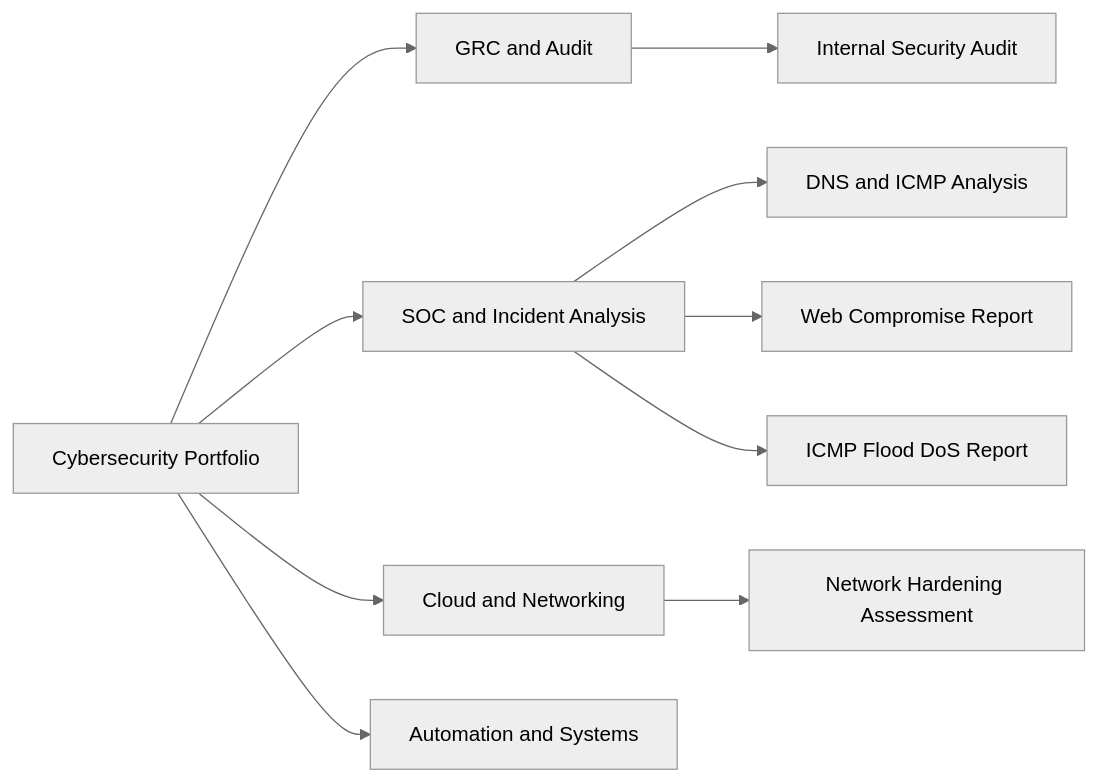
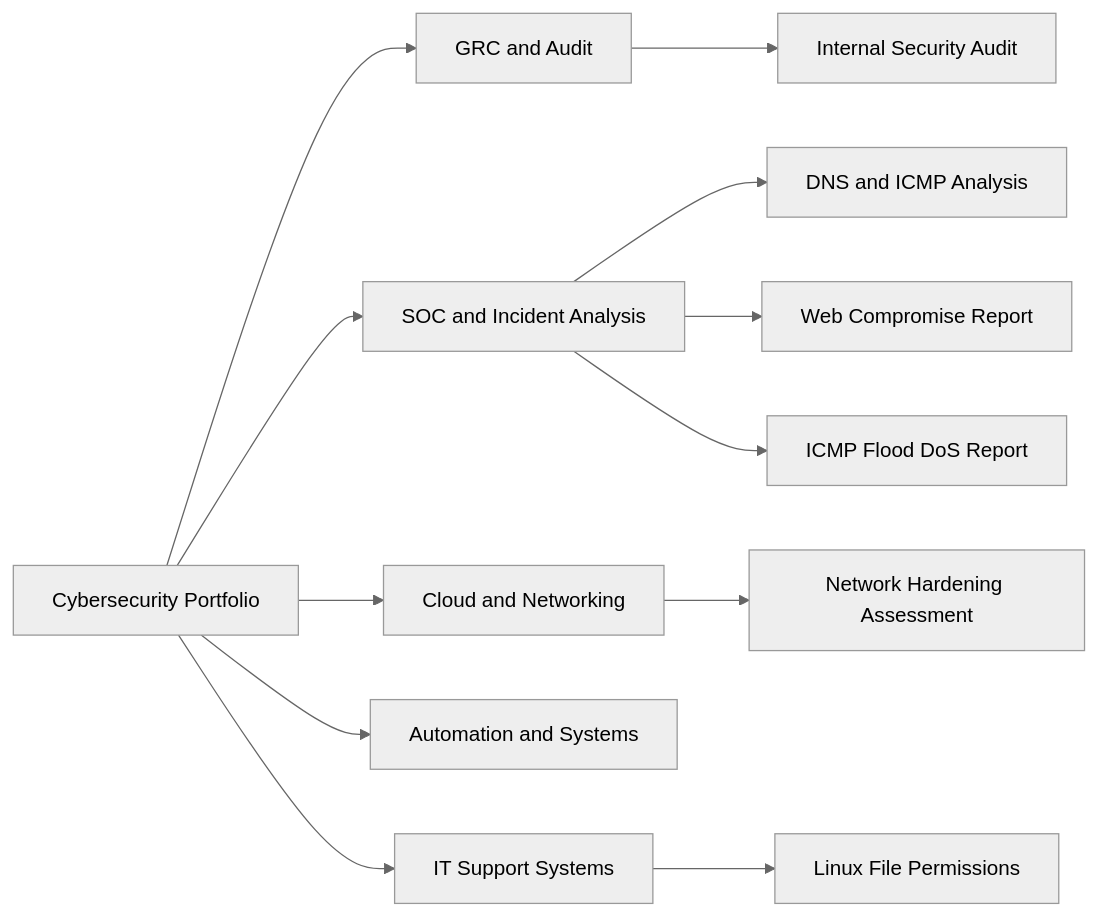
One commit to Mox404/IT-Portfolio changed the diagram in README.md. Above: the diagram before and after it, drawn with Mermaid (neutral theme). The commit also changed other lines of this file and 10 other files, not shown here.

Commit message:
Add Linux file permissions access control project

````diff
--- a/README.md
+++ b/README.md
@@ -7,13 +7,15 @@
 ```mermaid
 flowchart LR
     A["Cybersecurity Portfolio"] --> B["GRC and Audit"]
     A --> C["SOC and Incident Analysis"]
     A --> D["Cloud and Networking"]
     A --> E["Automation and Systems"]
+    A --> F["IT Support Systems"]
 
     B --> B1["Internal Security Audit"]
     C --> C1["DNS and ICMP Analysis"]
     C --> C2["Web Compromise Report"]
     C --> C3["ICMP Flood DoS Report"]
     D --> D1["Network Hardening Assessment"]
+    F --> F1["Linux File Permissions"]
 ```
````
